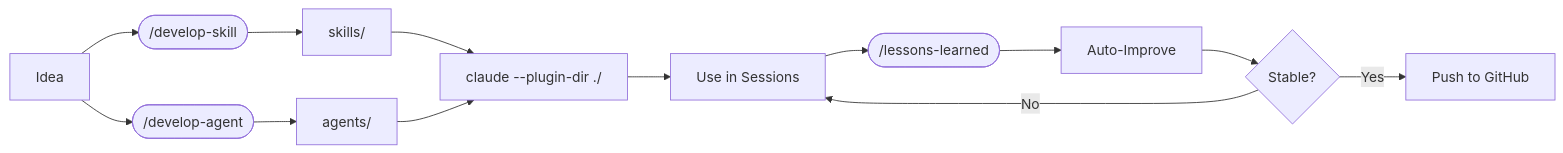
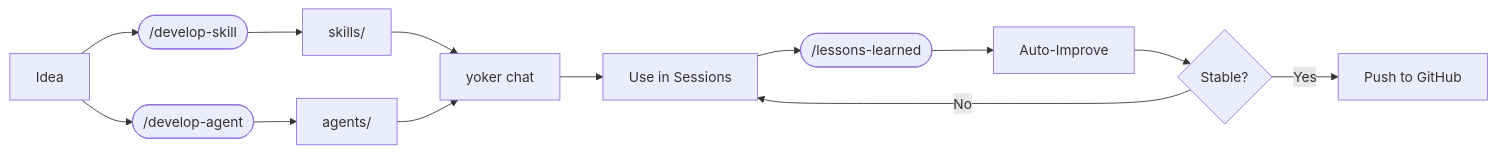
The first of 2 diagrams in README.md (christophevg/c3), drawn with Mermaid before and after one commit. The commit also changed other lines of this file and 69 other files, not shown here.

````diff
--- a/README.md
+++ b/README.md
@@ -22,15 +22,15 @@
 ```mermaid
 flowchart LR
     A[Idea] --> B(["/develop-skill"])
     A --> C(["/develop-agent"])
     B --> D[skills/]
     C --> E[agents/]
-    D --> F["claude --plugin-dir ./"]
+    D --> F["yoker chat"]
     E --> F
     F --> G[Use in Sessions]
     G --> H(["/lessons-learned"])
     H --> I[Auto-Improve]
     I --> J{Stable?}
     J -->|No| G
     J -->|Yes| K[Push to GitHub]
 ```
````
